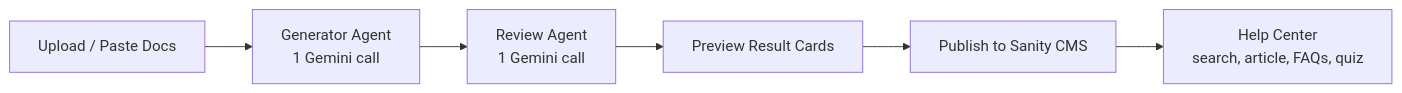
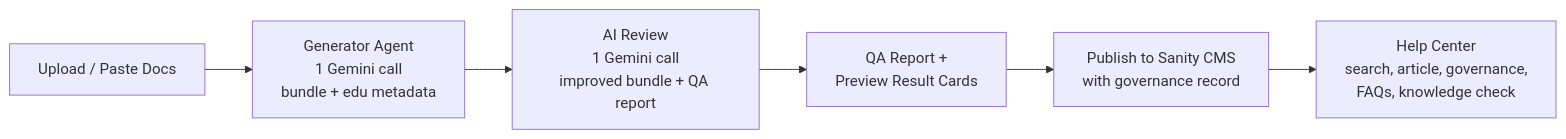
Before and after one commit to Faith4078/KnowledgeOpsAI: the diagram in README.md, drawn with Mermaid. The commit also changed other lines of this file and 44 other files, not shown here.

````diff
--- a/README.md
+++ b/README.md
@@ -43,8 +47,8 @@
 ```mermaid
 flowchart LR
-    A[Upload / Paste Docs] --> B[Generator Agent<br/>1 Gemini call]
-    B --> C[Review Agent<br/>1 Gemini call]
-    C --> D[Preview Result Cards]
-    D --> E[Publish to Sanity CMS]
-    E --> F[Help Center<br/>search, article, FAQs, quiz]
+    A[Upload / Paste Docs] --> B[Generator Agent<br/>1 Gemini call<br/>bundle + edu metadata]
+    B --> C[AI Review<br/>1 Gemini call<br/>improved bundle + QA report]
+    C --> D[QA Report +<br/>Preview Result Cards]
+    D --> E[Publish to Sanity CMS<br/>with governance record]
+    E --> F[Help Center<br/>search, article, governance,<br/>FAQs, knowledge check]
 ```
````
